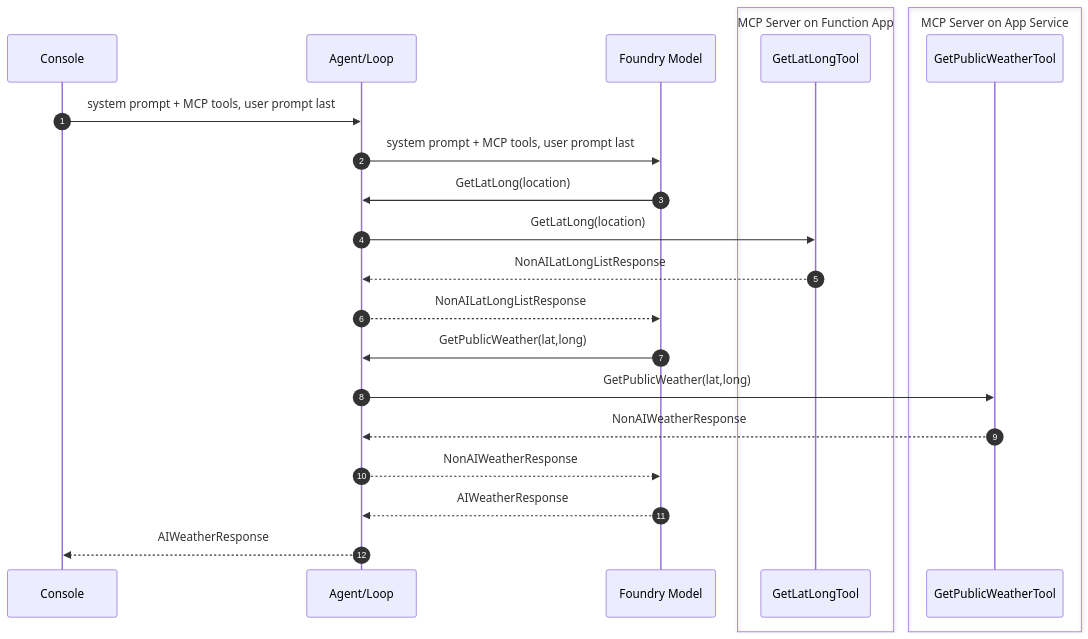
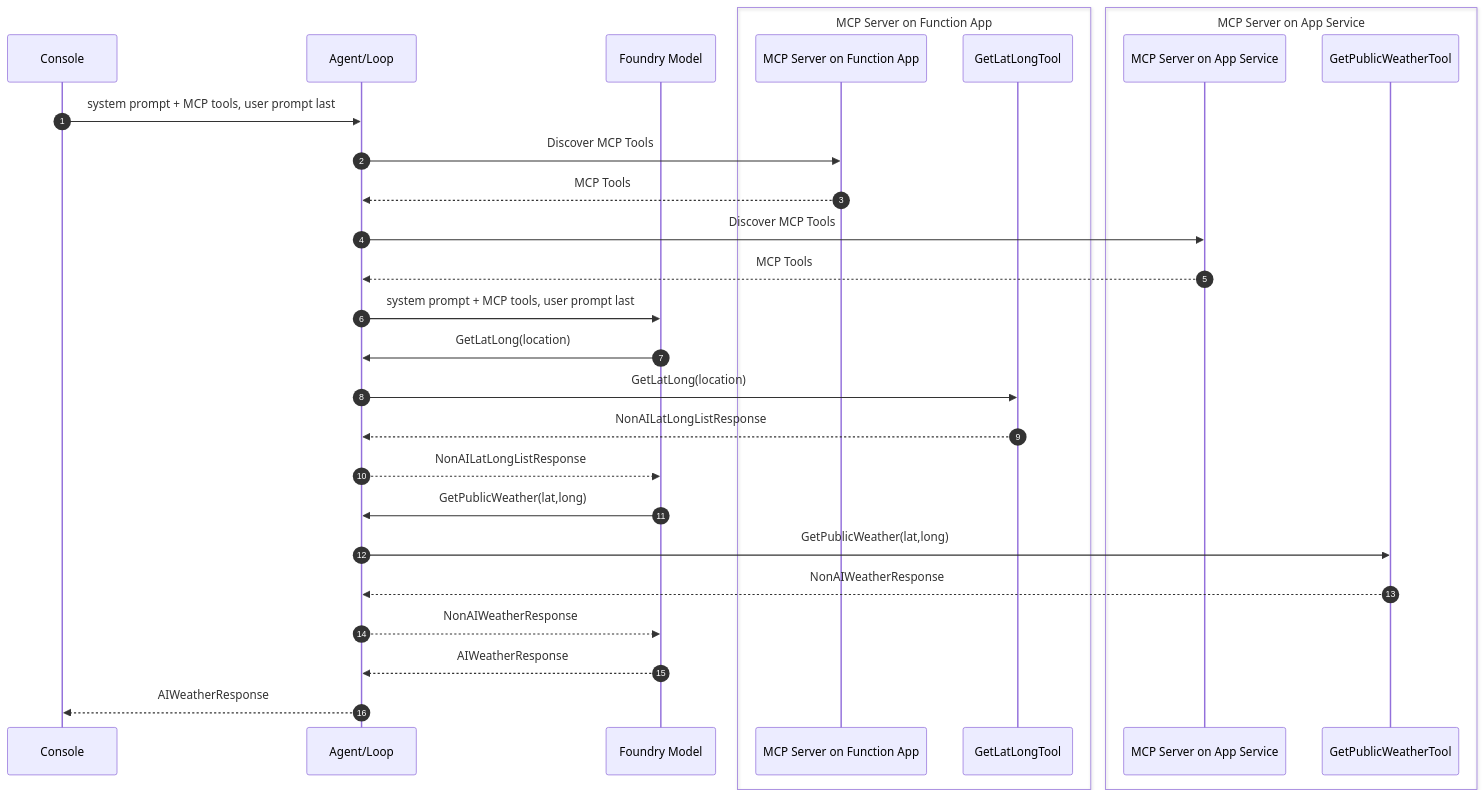
Before and after one commit to dustinkorzaan/weather-1116: the sixth of 8 diagrams in docs/4-demystifying-foundry-agents-mcp/demystifying-foundry-agents-mcp.md, drawn with Mermaid.

Commit message:
Add MCP tool discovery steps to V4 agent/loop diagram.
Introduce server participants so AppLoop can discover tools from each
remote MCP host before calling the model.

````diff
--- a/docs/4-demystifying-foundry-agents-mcp/demystifying-foundry-agents-mcp.md
+++ b/docs/4-demystifying-foundry-agents-mcp/demystifying-foundry-agents-mcp.md
@@ -174,26 +174,32 @@
   ```mermaid
   sequenceDiagram
       autonumber
       participant Console
       participant AppLoop as Agent/Loop
       participant Model as Foundry Model
       box MCP Server on Function App
+          participant FuncMcp as MCP Server on Function App
           participant GetLatLongTool
       end
       box MCP Server on App Service
+          participant AppSvcMcp as MCP Server on App Service
           participant GetPublicWeatherTool
       end
 
       Console->>AppLoop: system prompt + MCP tools, user prompt last
+      AppLoop->>FuncMcp: Discover MCP Tools
+      FuncMcp-->>AppLoop: MCP Tools
+      AppLoop->>AppSvcMcp: Discover MCP Tools
+      AppSvcMcp-->>AppLoop: MCP Tools
       AppLoop->>Model: system prompt + MCP tools, user prompt last
       Model->>AppLoop: GetLatLong(location)
       AppLoop->>GetLatLongTool: GetLatLong(location)
       GetLatLongTool-->>AppLoop: NonAILatLongListResponse
       AppLoop-->>Model: NonAILatLongListResponse
       Model->>AppLoop: GetPublicWeather(lat,long)
       AppLoop->>GetPublicWeatherTool: GetPublicWeather(lat,long)
       GetPublicWeatherTool-->>AppLoop: NonAIWeatherResponse
       AppLoop-->>Model: NonAIWeatherResponse
       Model-->>AppLoop: AIWeatherResponse
       AppLoop-->>Console: AIWeatherResponse
   ```
````
